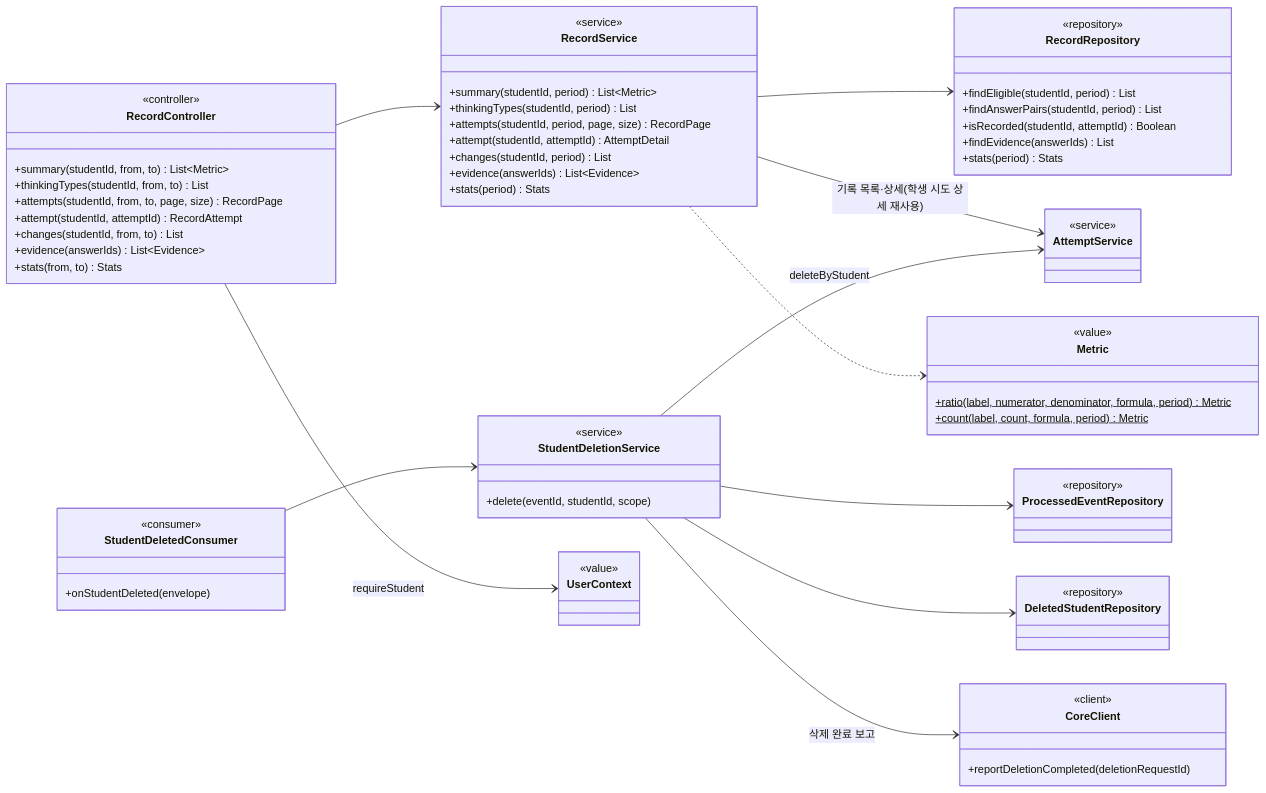
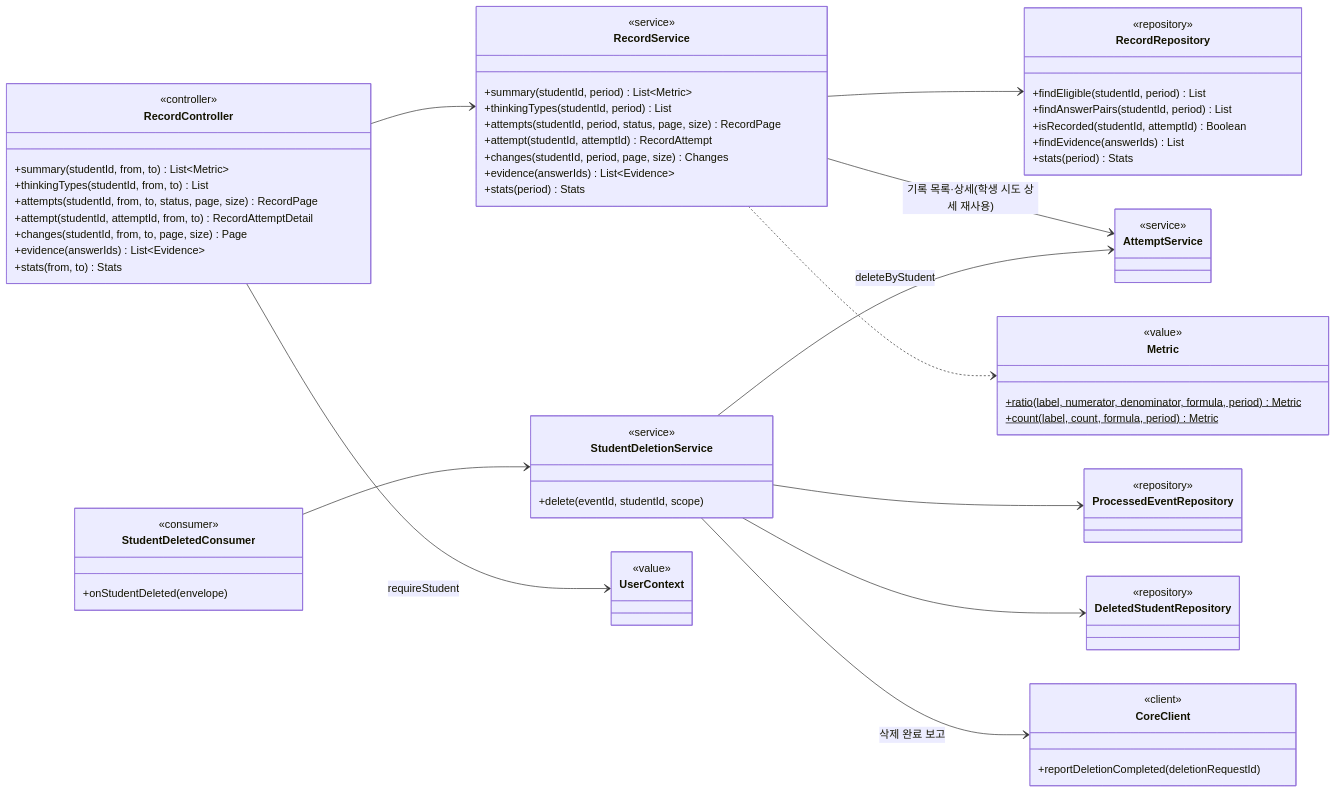
One commit to SKNETWORKS-FAMILY-AICAMP/SKN34-FINAL-3TEAM changed the tenth of 15 diagrams in docs/design/class-diagram.md. Above: the diagram before and after it, drawn with Mermaid. The commit also changed other lines of this file and 3 other files, not shown here.

````diff
--- a/docs/design/class-diagram.md
+++ b/docs/design/class-diagram.md
@@ -1340,64 +1340,64 @@
 ```mermaid
 classDiagram
   direction LR
   class RecordController {
     <<controller>>
     +summary(studentId, from, to) List~Metric~
     +thinkingTypes(studentId, from, to) List
-    +attempts(studentId, from, to, page, size) RecordPage
-    +attempt(studentId, attemptId) RecordAttempt
-    +changes(studentId, from, to) List
+    +attempts(studentId, from, to, status, page, size) RecordPage
+    +attempt(studentId, attemptId, from, to) RecordAttemptDetail
+    +changes(studentId, from, to, page, size) Page
     +evidence(answerIds) List~Evidence~
     +stats(from, to) Stats
   }
   class RecordService {
     <<service>>
     +summary(studentId, period) List~Metric~
     +thinkingTypes(studentId, period) List
-    +attempts(studentId, period, page, size) RecordPage
-    +attempt(studentId, attemptId) AttemptDetail
-    +changes(studentId, period) List
+    +attempts(studentId, period, status, page, size) RecordPage
+    +attempt(studentId, attemptId) RecordAttempt
+    +changes(studentId, period, page, size) Changes
     +evidence(answerIds) List~Evidence~
     +stats(period) Stats
   }
   class RecordRepository {
     <<repository>>
     +findEligible(studentId, period) List
     +findAnswerPairs(studentId, period) List
     +isRecorded(studentId, attemptId) Boolean
     +findEvidence(answerIds) List
     +stats(period) Stats
   }
   class Metric {
     <<value>>
     +ratio(label, numerator, denominator, formula, period)$ Metric
     +count(label, count, formula, period)$ Metric
   }
   class StudentDeletedConsumer {
     <<consumer>>
     +onStudentDeleted(envelope)
   }
   class StudentDeletionService {
     <<service>>
     +delete(eventId, studentId, scope)
   }
   class CoreClient {
     <<client>>
     +reportDeletionCompleted(deletionRequestId)
   }
   class DeletedStudentRepository { <<repository>> }
   class ProcessedEventRepository { <<repository>> }
   class AttemptService { <<service>> }
   class UserContext { <<value>> }
 
   RecordController --> UserContext : requireStudent
   RecordController --> RecordService
   RecordService --> RecordRepository
   RecordService --> AttemptService : 기록 목록·상세(학생 시도 상세 재사용)
   RecordService ..> Metric
   StudentDeletedConsumer --> StudentDeletionService
   StudentDeletionService --> ProcessedEventRepository
   StudentDeletionService --> AttemptService : deleteByStudent
   StudentDeletionService --> DeletedStudentRepository
   StudentDeletionService --> CoreClient : 삭제 완료 보고
 ```
````
